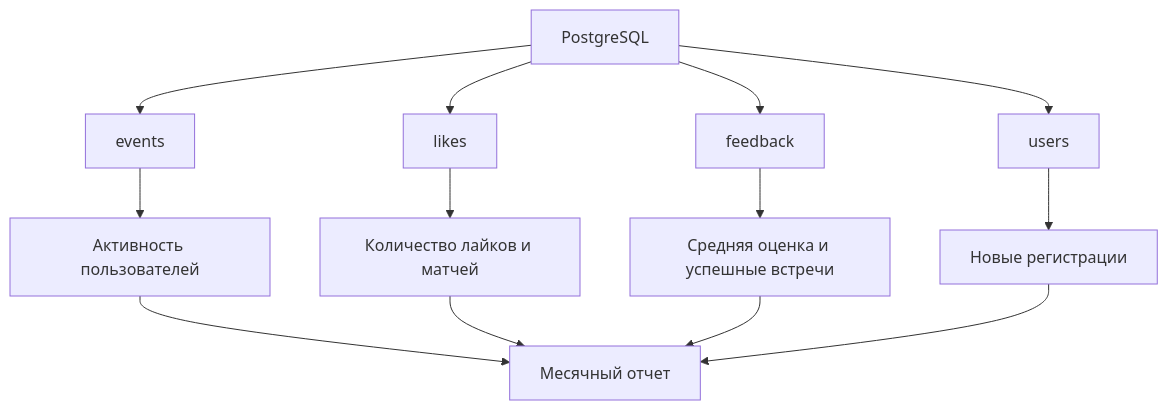
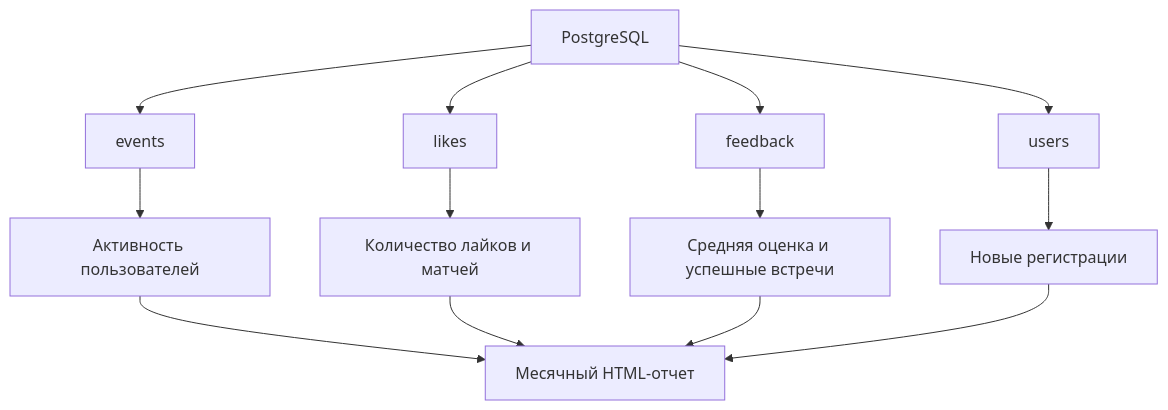
The seventh of 8 diagrams in docs/compatibility_algorithms.md (TRIGON666/VKDatingBot), drawn with Mermaid before and after one commit. The commit also changed other lines of this file and 7 other files, not shown here.

````diff
--- a/docs/compatibility_algorithms.md
+++ b/docs/compatibility_algorithms.md
@@ -325,15 +325,15 @@
 ```mermaid
 flowchart TD
     A[PostgreSQL] --> B[events]
     A --> C[likes]
     A --> D[feedback]
     A --> E[users]
     B --> F[Активность пользователей]
     C --> G[Количество лайков и матчей]
     D --> H[Средняя оценка и успешные встречи]
     E --> I[Новые регистрации]
-    F --> J[Месячный отчет]
+    F --> J[Месячный HTML-отчет]
     G --> J
     H --> J
     I --> J
 ```
````
